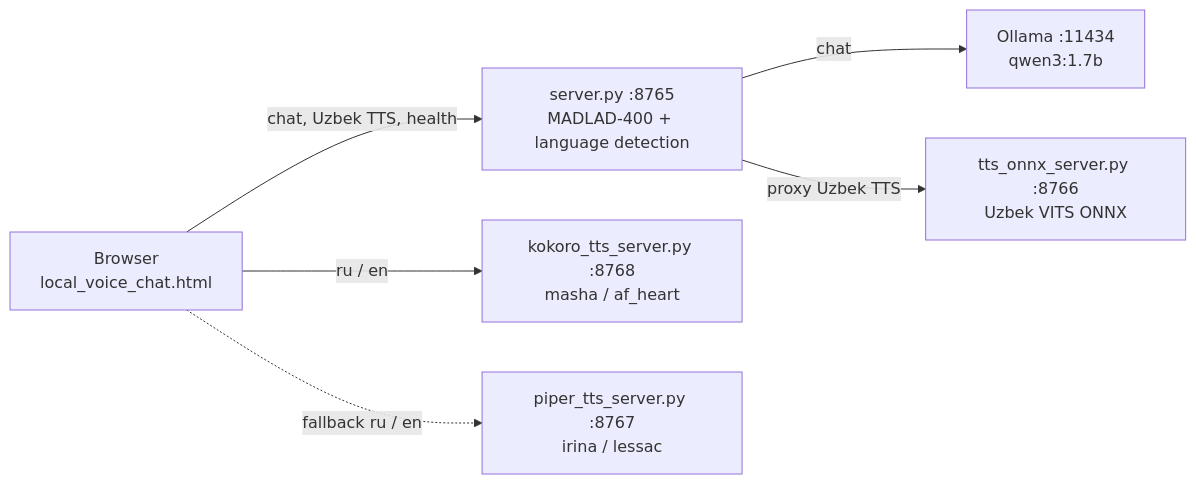
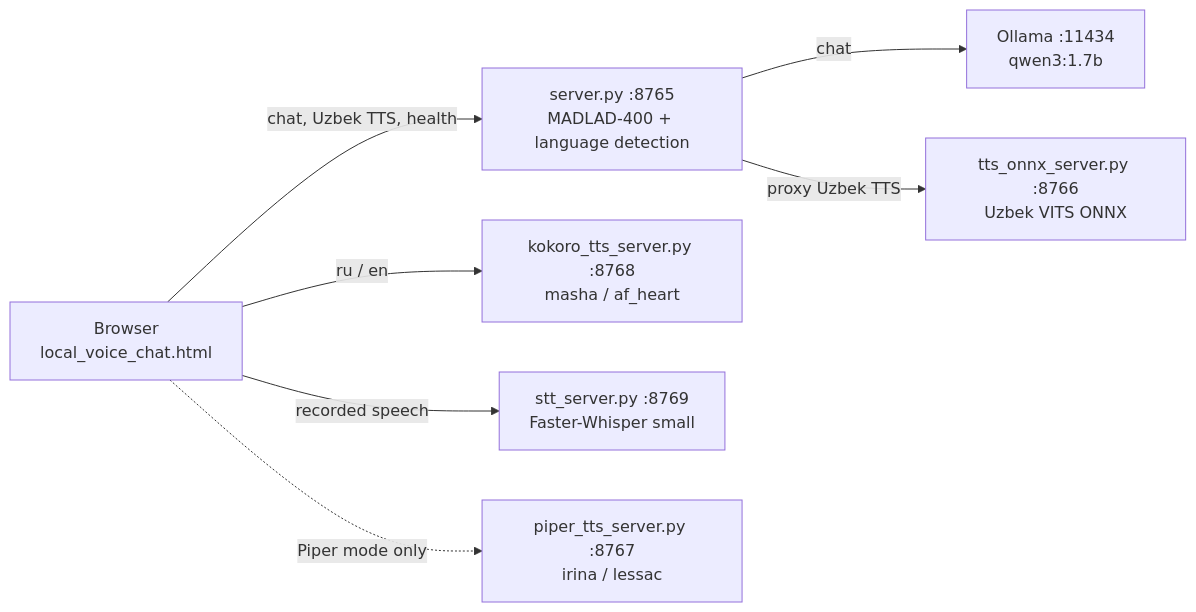
One commit to FirdavsNurmatov/local-ai-voice-assistant changed the diagram in README.md. Above: the diagram before and after it, drawn with Mermaid. The commit also changed other lines of this file and 14 other files, not shown here.

First line of the commit message:
Add Faster-Whisper STT service with voice input and proxy through server.py

````diff
--- a/README.md
+++ b/README.md
@@ -40,8 +43,9 @@
 ```mermaid
 flowchart LR
     B["Browser<br/>local_voice_chat.html"] -->|"chat, Uzbek TTS, health"| S["server.py :8765<br/>MADLAD-400 + language detection"]
     S -->|"chat"| O["Ollama :11434<br/>qwen3:1.7b"]
     S -->|"proxy Uzbek TTS"| U["tts_onnx_server.py :8766<br/>Uzbek VITS ONNX"]
     B -->|"ru / en"| K["kokoro_tts_server.py :8768<br/>masha / af_heart"]
-    B -.->|"fallback ru / en"| P["piper_tts_server.py :8767<br/>irina / lessac"]
+    B -->|"recorded speech"| W["stt_server.py :8769<br/>Faster-Whisper small"]
+    B -.->|"Piper mode only"| P["piper_tts_server.py :8767<br/>irina / lessac"]
 ```
````
